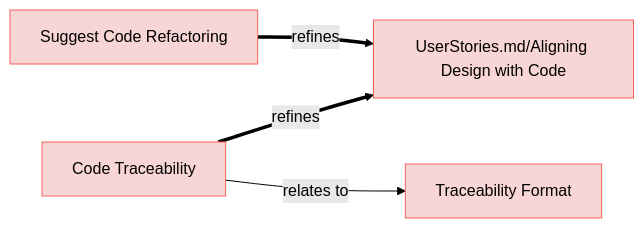
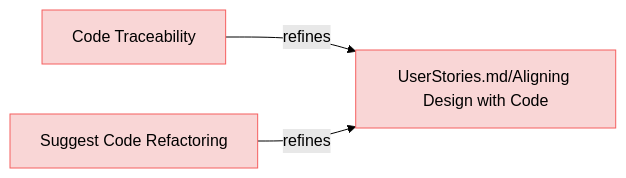
The second of 9 diagrams in specifications/UserRequirements.md (reqvire-org/reqvire), drawn with Mermaid (forest theme) before and after one commit. The commit also changed other lines of this file and 65 other files, not shown here.

Commit message:
Diagram generation bug fix: there were opposite relations included.

````diff
--- a/specifications/UserRequirements.md
+++ b/specifications/UserRequirements.md
@@ -132,24 +107,20 @@
 ```mermaid
 graph LR;
   %% Graph styling
   classDef requirement fill:#f9d6d6,stroke:#f55f5f,stroke-width:1px;
   classDef verification fill:#d6f9d6,stroke:#5fd75f,stroke-width:1px;
   classDef externalLink fill:#d0e0ff,stroke:#3080ff,stroke-width:1px;
   classDef default fill:#f5f5f5,stroke:#333333,stroke-width:1px;
 
-  1fc4e44d5f["Code Traceability"];
-  click 1fc4e44d5f "UserRequirements.md#code-traceability";
-  class 1fc4e44d5f requirement;
-  de2d3516cd["UserStories.md/Aligning Design with Code"];
-  class de2d3516cd requirement;
-  click de2d3516cd "UserStories.md#aligning-design-with-code";
-  1fc4e44d5f ==>|refines| de2d3516cd;
-  7b316e0013["Traceability Format"];
-  class 7b316e0013 requirement;
-  click 7b316e0013 "CodeTraecabilityRequirements.md#traceability-format";
-  1fc4e44d5f -->|relates to| 7b316e0013;
-  5922f3ef03["Suggest Code Refactoring"];
-  click 5922f3ef03 "UserRequirements.md#suggest-code-refactoring";
-  class 5922f3ef03 requirement;
-  5922f3ef03 ==>|refines| de2d3516cd;
+  1fc4e44d5fd988a6["Code Traceability"];
+  click 1fc4e44d5fd988a6 "UserRequirements.md#code-traceability";
+  class 1fc4e44d5fd988a6 requirement;
+  de2d3516cd5ef91d["UserStories.md/Aligning Design with Code"];
+  class de2d3516cd5ef91d requirement;
+  click de2d3516cd5ef91d "UserStories.md#aligning-design-with-code";
+  1fc4e44d5fd988a6 -->|refines| de2d3516cd5ef91d;
+  5922f3ef031b5fea["Suggest Code Refactoring"];
+  click 5922f3ef031b5fea "UserRequirements.md#suggest-code-refactoring";
+  class 5922f3ef031b5fea requirement;
+  5922f3ef031b5fea -->|refines| de2d3516cd5ef91d;
 ```
````
